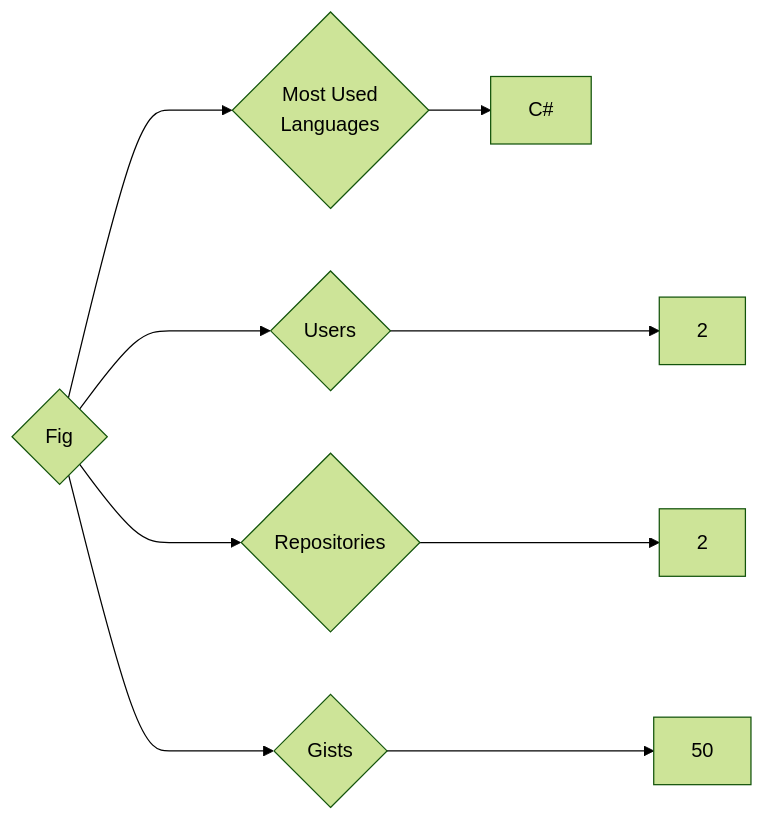
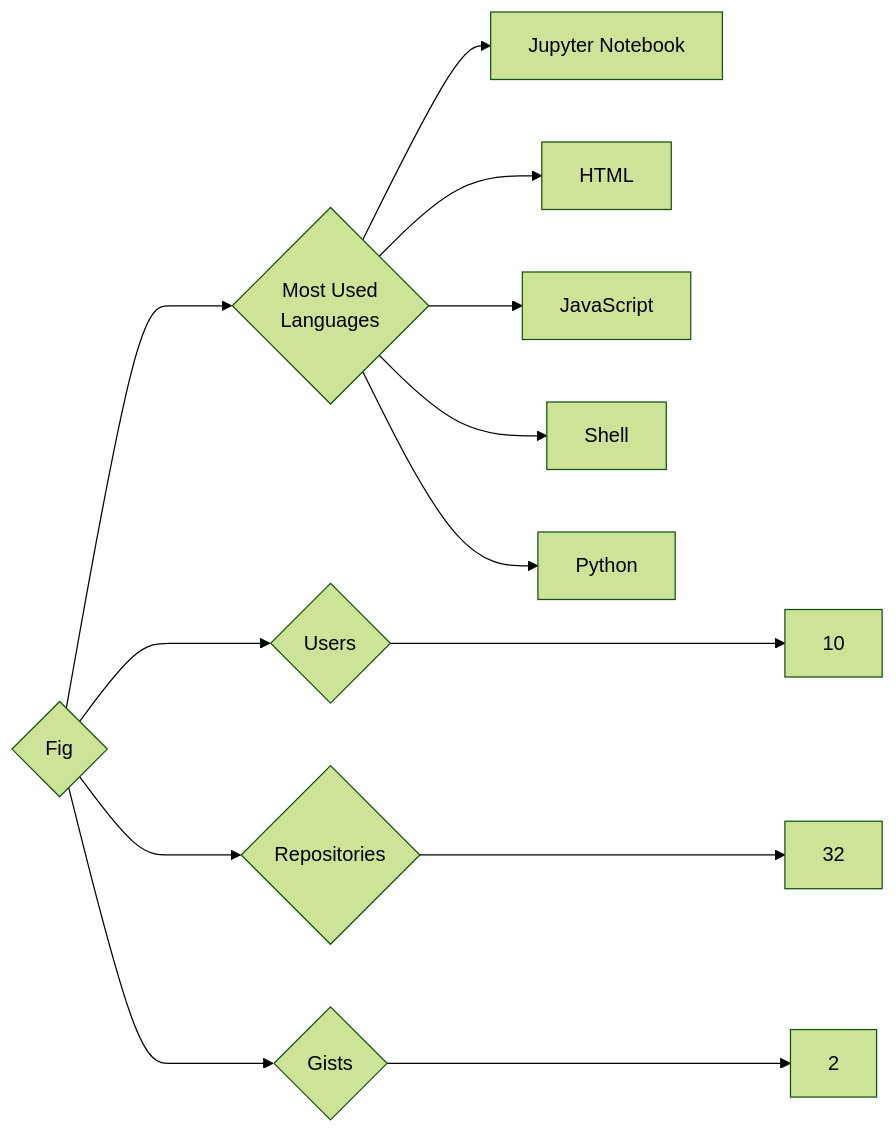
Before and after one commit to trickest/insiders: the diagram in targets/Fig/README.md, drawn with Mermaid (forest theme). The commit also changed 891 other files, not shown here.

````diff
--- a/targets/Fig/README.md
+++ b/targets/Fig/README.md
@@ -3,9 +3,13 @@
 ```mermaid
 graph LR
 COMPANY_NAME{Fig}
-COMPANY_NAME ---> U{Users} ---> UN[2]
-COMPANY_NAME ---> R{Repositories} ---> RN[2]
-COMPANY_NAME ---> G{Gists} ---> GN[50]
+COMPANY_NAME ---> U{Users} ---> UN[10]
+COMPANY_NAME ---> R{Repositories} ---> RN[32]
+COMPANY_NAME ---> G{Gists} ---> GN[2]
 COMPANY_NAME ---> ML{Most Used<br>Languages}
-ML --> C#[C#]
+ML --> Jupyter_Notebook[Jupyter Notebook]
+ML --> HTML[HTML]
+ML --> JavaScript[JavaScript]
+ML --> Shell[Shell]
+ML --> Python[Python]
 ```
````
